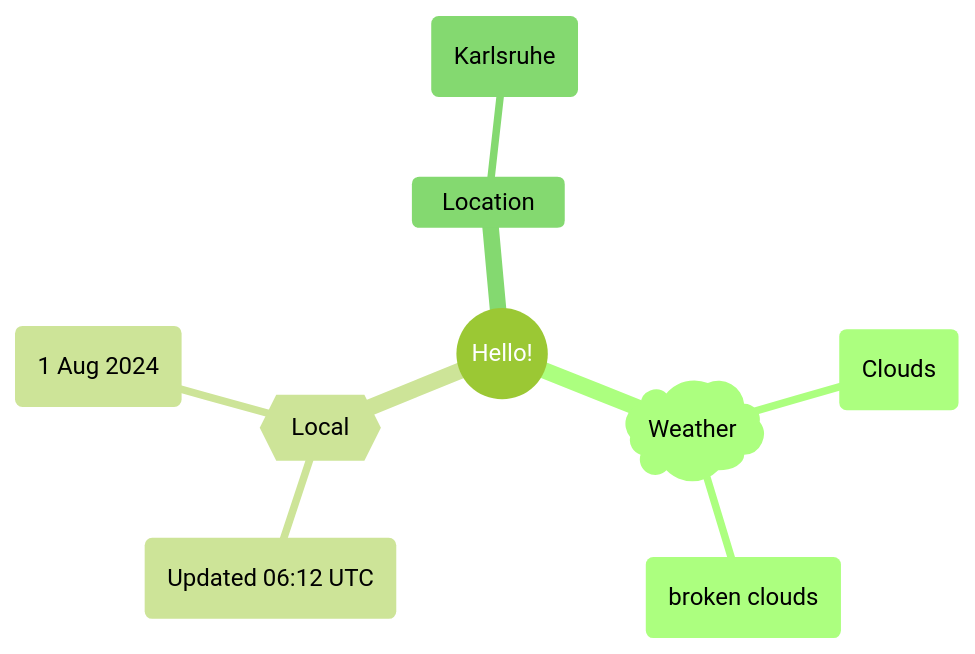
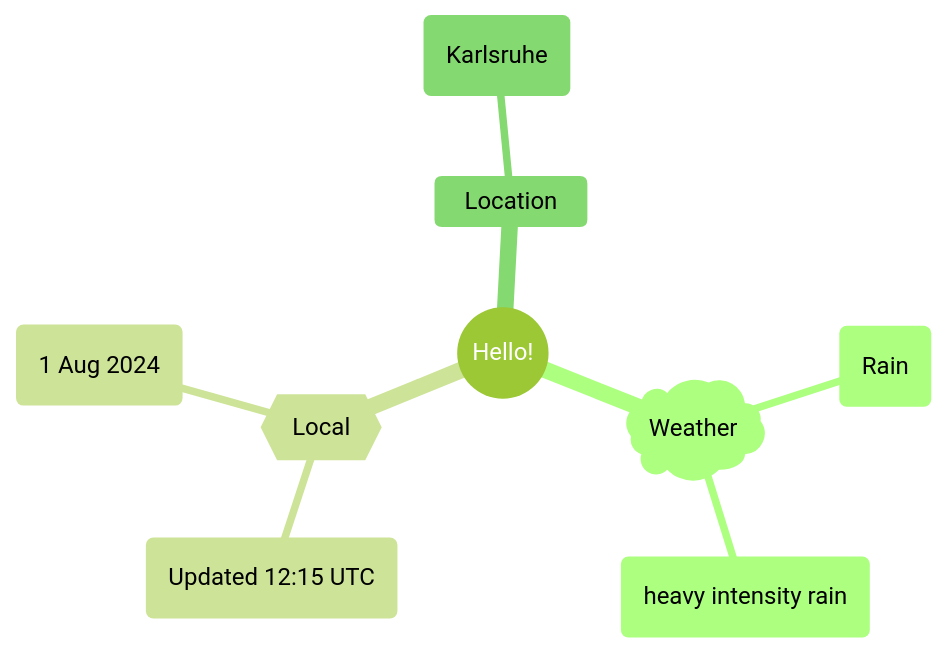
Before and after one commit to Xosrov/Xosrov: the first of 2 diagrams in README.md, drawn with Mermaid (forest theme).

Commit message:
[bot] updated images

````diff
--- a/README.md
+++ b/README.md
@@ -3,12 +3,12 @@
 ```mermaid
 mindmap
   root((Hello!))
     )Weather(
-        (Clouds)
-        (broken clouds)
+        (Rain)
+        (heavy intensity rain)
     {{Local}}
-        (Updated 06:12 UTC)
+        (Updated 12:15 UTC)
         (1 Aug 2024)
     Location
         (Karlsruhe)
 ```
````
